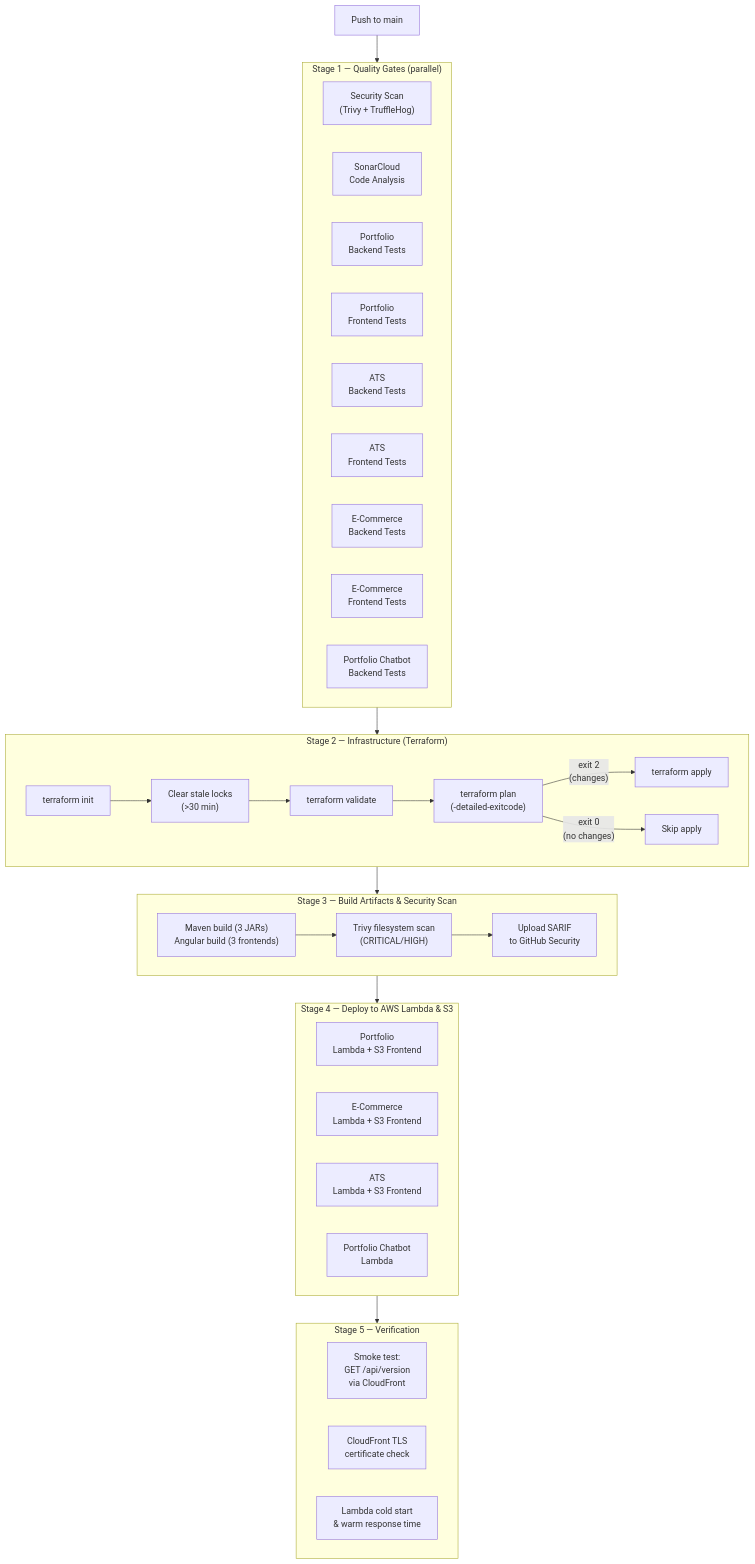
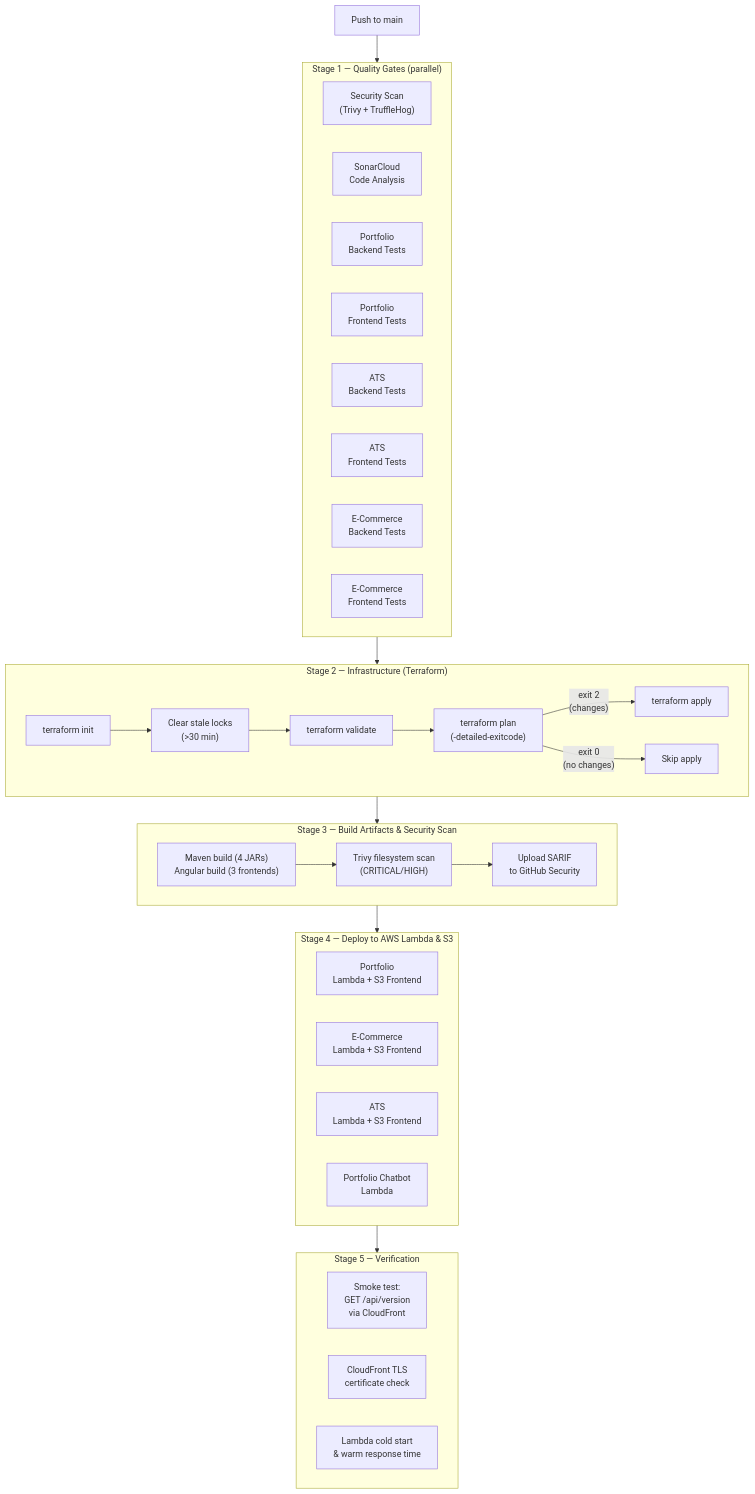
Before and after one commit to clark22134/MyPortfolioWebsite: the second of 5 diagrams in docs/DEVOPS_INFRASTRUCTURE.md, drawn with Mermaid. The commit also changed other lines of this file and 25 other files, not shown here.

````diff
--- a/docs/DEVOPS_INFRASTRUCTURE.md
+++ b/docs/DEVOPS_INFRASTRUCTURE.md
@@ -68,47 +68,46 @@
 ```mermaid
 graph TD
     Push["Push to main"] --> Gate
 
     subgraph Gate["Stage 1 — Quality Gates (parallel)"]
         Security["Security Scan<br/>(Trivy + TruffleHog)"]
         SQ["SonarCloud<br/>Code Analysis"]
         TB1["Portfolio<br/>Backend Tests"]
         TF1["Portfolio<br/>Frontend Tests"]
         TB2["ATS<br/>Backend Tests"]
         TF2["ATS<br/>Frontend Tests"]
         TB3["E-Commerce<br/>Backend Tests"]
         TF3["E-Commerce<br/>Frontend Tests"]
-        TB4["Portfolio Chatbot<br/>Backend Tests"]
     end
 
     Gate --> TF["Stage 2 — Terraform"]
     subgraph TF["Stage 2 — Infrastructure (Terraform)"]
         Init["terraform init"] --> Lock["Clear stale locks<br/>(>30 min)"]
         Lock --> Validate["terraform validate"]
         Validate --> Plan["terraform plan<br/>(-detailed-exitcode)"]
         Plan -->|"exit 2<br/>(changes)"| Apply["terraform apply"]
         Plan -->|"exit 0<br/>(no changes)"| Skip["Skip apply"]
     end
 
     TF --> Build["Stage 3 — Build & Scan"]
     subgraph Build["Stage 3 — Build Artifacts & Security Scan"]
-        B1["Maven build (3 JARs)<br/>Angular build (3 frontends)"]
+        B1["Maven build (4 JARs)<br/>Angular build (3 frontends)"]
         B1 --> Scan["Trivy filesystem scan<br/>(CRITICAL/HIGH)"]
         Scan --> SARIF["Upload SARIF<br/>to GitHub Security"]
     end
 
     Build --> Deploy["Stage 4 — Serverless Deploy (parallel)"]
     subgraph Deploy["Stage 4 — Deploy to AWS Lambda & S3"]
         DP["Portfolio<br/>Lambda + S3 Frontend"]
         DE["E-Commerce<br/>Lambda + S3 Frontend"]
         DA["ATS<br/>Lambda + S3 Frontend"]
         DC["Portfolio Chatbot<br/>Lambda"]
     end
 
     Deploy --> Verify["Stage 5 — Post-Deploy"]
     subgraph Verify["Stage 5 — Verification"]
         Smoke["Smoke test:<br/>GET /api/version<br/>via CloudFront"]
         TLS["CloudFront TLS<br/>certificate check"]
         Perf["Lambda cold start<br/>& warm response time"]
     end
 ```
````
